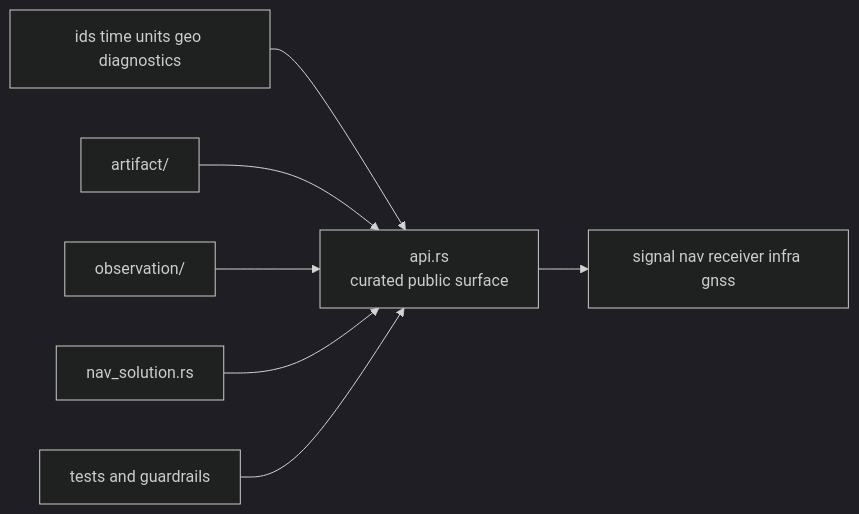
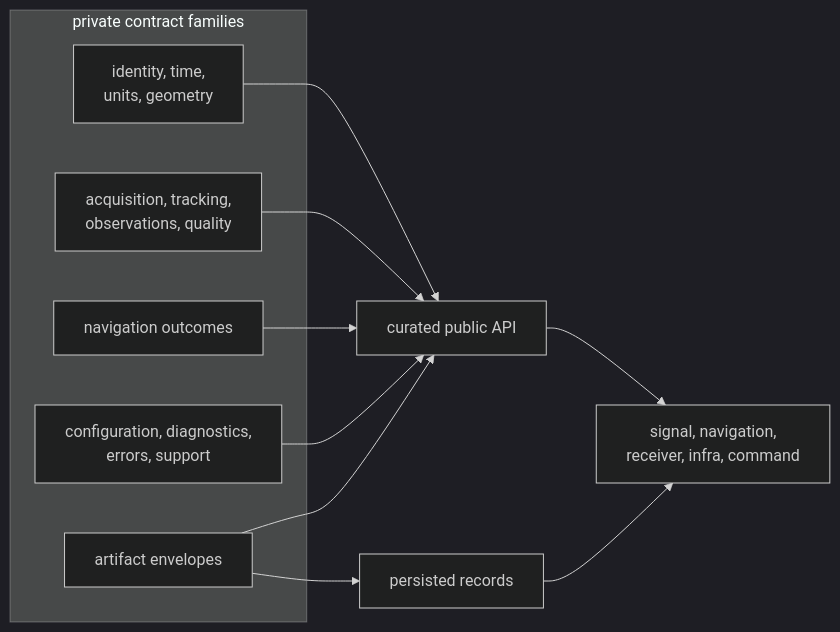
The first of 3 diagrams in docs/02-bijux-gnss-core/architecture/index.md (bijux/bijux-telecom), drawn with Mermaid (dark theme) before and after one commit. The commit also changed other lines of this file and 1 other file, not shown here.

````diff
--- a/docs/02-bijux-gnss-core/architecture/index.md
+++ b/docs/02-bijux-gnss-core/architecture/index.md
@@ -24,17 +20,22 @@
 ```mermaid
 flowchart LR
-    api["api.rs<br/>curated public surface"]
-    artifact["artifact/"]
-    observation["observation/"]
-    nav["nav_solution.rs"]
-    foundation["ids time units geo diagnostics"]
-    guardrails["tests and guardrails"]
-    downstream["signal nav receiver infra gnss"]
+    subgraph private["private contract families"]
+        identity["identity, time,<br/>units, geometry"]
+        receiver_records["acquisition, tracking,<br/>observations, quality"]
+        nav_records["navigation outcomes"]
+        governance["configuration, diagnostics,<br/>errors, support"]
+        artifacts["artifact envelopes"]
+    end
 
-    foundation --> api
-    artifact --> api
-    observation --> api
-    nav --> api
-    guardrails --> api
-    api --> downstream
+    api["curated public API"]
+    consumers["signal, navigation,<br/>receiver, infra, command"]
+    persisted["persisted records"]
+
+    identity --> api
+    receiver_records --> api
+    nav_records --> api
+    governance --> api
+    artifacts --> api
+    api --> consumers
+    artifacts --> persisted --> consumers
 ```
````
